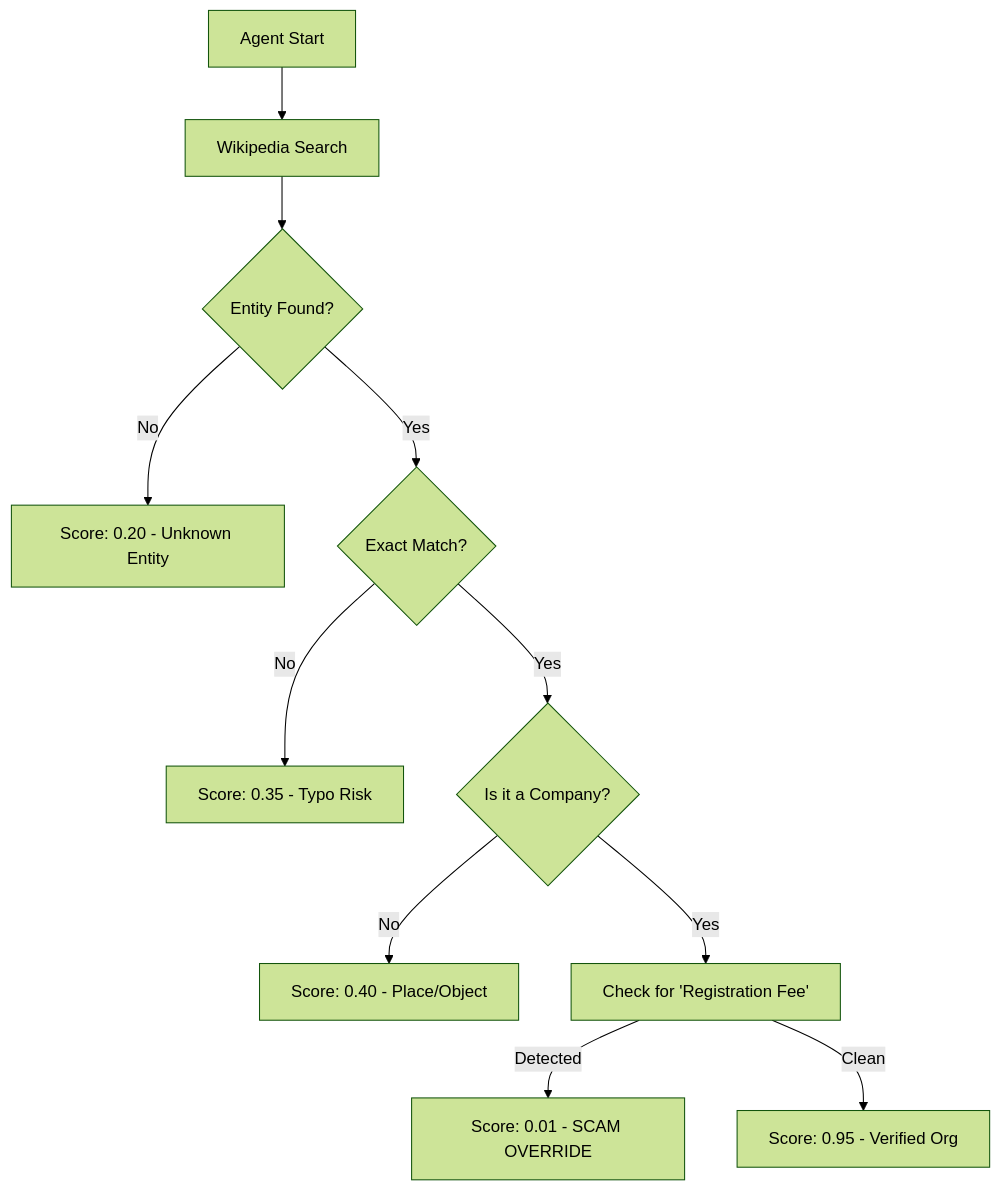
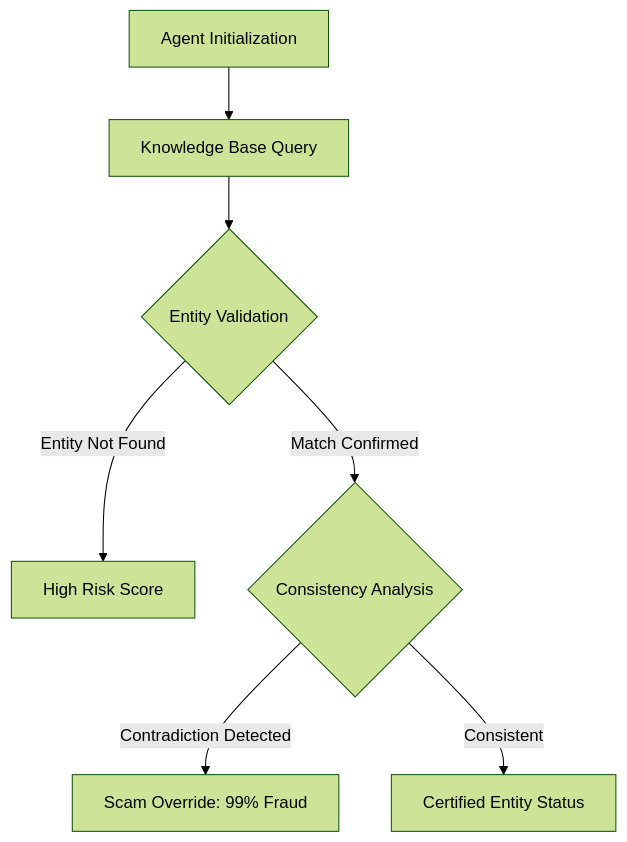
One commit to ManoShruthiS/VeriIntern-AI changed the third of 3 diagrams in Readme.md. Above: the diagram before and after it, drawn with Mermaid (forest theme). The commit also changed other lines of this file, not shown here.

````diff
--- a/Readme.md
+++ b/Readme.md
@@ -94,17 +53,12 @@
 ```mermaid
 flowchart TD
-    Start[Agent Start] --> Search[Wikipedia Search]
-    Search --> Found{Entity Found?}
+    Start[Agent Initialization] --> Query[Knowledge Base Query]
+    Query --> Validation{Entity Validation}
     
-    Found -- No --> F3[Score: 0.20 - Unknown Entity]
+    Validation -- Entity Not Found --> Risk[High Risk Score]
     
-    Found -- Yes --> Exact{Exact Match?}
-    Exact -- No --> F2[Score: 0.35 - Typo Risk]
+    Validation -- Match Confirmed --> Consistency{Consistency Analysis}
     
-    Exact -- Yes --> Signals{Is it a Company?}
-    Signals -- No --> F4[Score: 0.40 - Place/Object]
-    
-    Signals -- Yes --> Checks[Check for 'Registration Fee']
-    Checks -- Detected --> F1[Score: 0.01 - SCAM OVERRIDE]
-    Checks -- Clean --> F5[Score: 0.95 - Verified Org]
+    Consistency -- Contradiction Detected --> Override[Scam Override: 99% Fraud]
+    Consistency -- Consistent --> Verified[Certified Entity Status]
 ```
````
